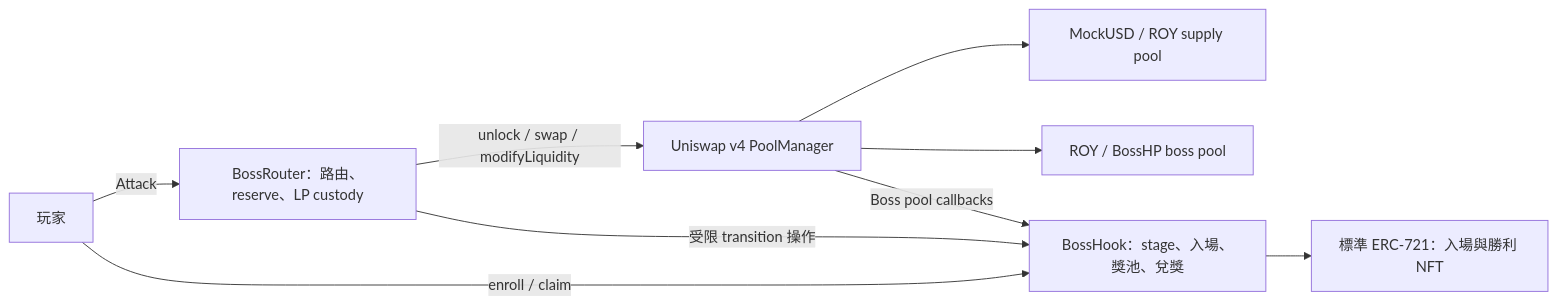
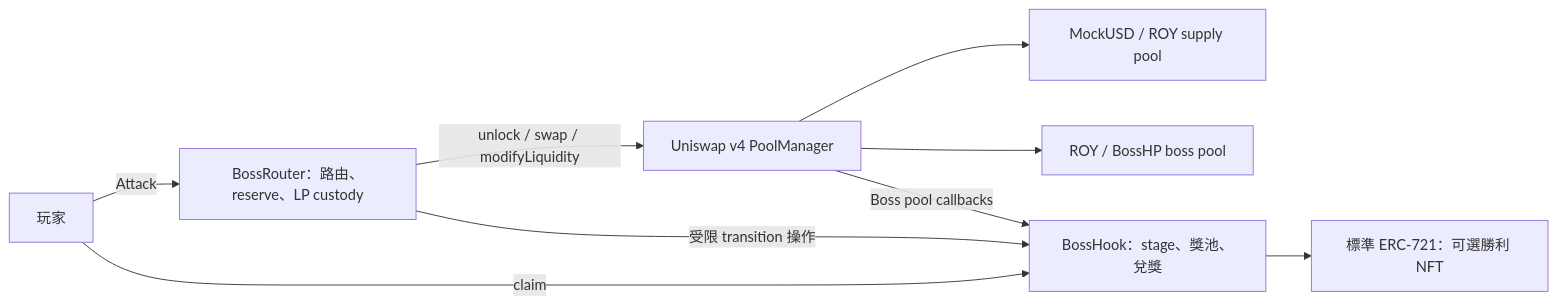
The second of 4 diagrams in docs/contract-game-diagrams.md (0xroylee/eth-global-2026-tokyo), drawn with Mermaid before and after one commit. The commit also changed other lines of this file and 20 other files, not shown here.

````diff
--- a/docs/contract-game-diagrams.md
+++ b/docs/contract-game-diagrams.md
@@ -27,11 +27,11 @@
 ```mermaid
 flowchart LR
     W["玩家"] -->|Attack| R["BossRouter：路由、reserve、LP custody"]
     R -->|unlock / swap / modifyLiquidity| PM["Uniswap v4 PoolManager"]
     PM --> S["MockUSD / ROY supply pool"]
     PM --> B["ROY / BossHP boss pool"]
-    PM -->|Boss pool callbacks| H["BossHook：stage、入場、獎池、兌獎"]
+    PM -->|Boss pool callbacks| H["BossHook：stage、獎池、兌獎"]
     R -->|受限 transition 操作| H
-    W -->|enroll / claim| H
-    H --> C["標準 ERC-721：入場與勝利 NFT"]
+    W -->|claim| H
+    H --> C["標準 ERC-721：可選勝利 NFT"]
 ```
````
